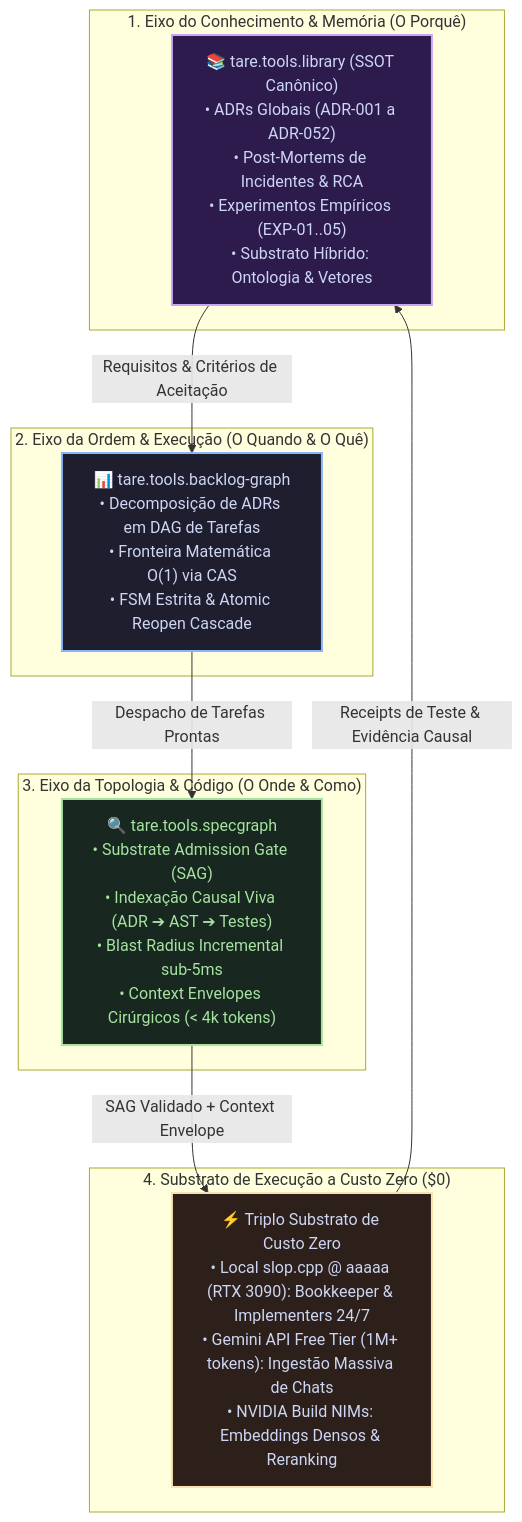
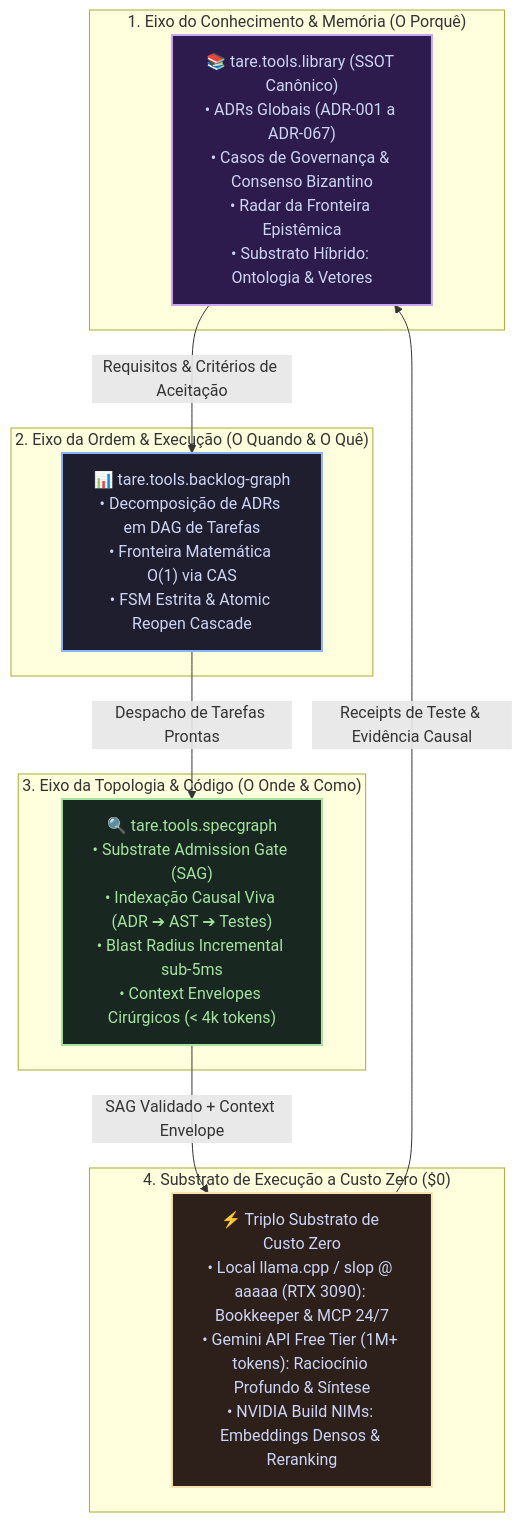
The first of 2 diagrams in README.pt-BR.md (augusto-scarvalho/tare.tools.library), drawn with Mermaid before and after one commit. The commit also changed other lines of this file and 4 other files, not shown here.

Commit message:
docs(readme): modernize badges, convert ASCII diagrams to Mermaid, and update canonical taxonomy map

````diff
--- a/README.pt-BR.md
+++ b/README.pt-BR.md
@@ -52,33 +54,33 @@
 ```mermaid
 flowchart TD
     subgraph Axis1 ["1. Eixo do Conhecimento & Memória (O Porquê)"]
-        Library["📚 tare.tools.library (SSOT Canônico)<br/>• ADRs Globais (ADR-001 a ADR-052)<br/>• Post-Mortems de Incidentes & RCA<br/>• Experimentos Empíricos (EXP-01..05)<br/>• Substrato Híbrido: Ontologia & Vetores"]
+        Library["📚 tare.tools.library (SSOT Canônico)<br/>• ADRs Globais (ADR-001 a ADR-067)<br/>• Casos de Governança & Consenso Bizantino<br/>• Radar da Fronteira Epistêmica<br/>• Substrato Híbrido: Ontologia & Vetores"]
     end
 
     subgraph Axis2 ["2. Eixo da Ordem & Execução (O Quando & O Quê)"]
         Backlog["📊 tare.tools.backlog-graph<br/>• Decomposição de ADRs em DAG de Tarefas<br/>• Fronteira Matemática O(1) via CAS<br/>• FSM Estrita & Atomic Reopen Cascade"]
     end
 
     subgraph Axis3 ["3. Eixo da Topologia & Código (O Onde & Como)"]
         Spec["🔍 tare.tools.specgraph<br/>• Substrate Admission Gate (SAG)<br/>• Indexação Causal Viva (ADR ➔ AST ➔ Testes)<br/>• Blast Radius Incremental sub-5ms<br/>• Context Envelopes Cirúrgicos (< 4k tokens)"]
     end
 
     subgraph Execution ["4. Substrato de Execução a Custo Zero ($0)"]
-        ZeroCost["⚡ Triplo Substrato de Custo Zero<br/>• Local slop.cpp @ aaaaa (RTX 3090): Bookkeeper & Implementers 24/7<br/>• Gemini API Free Tier (1M+ tokens): Ingestão Massiva de Chats<br/>• NVIDIA Build NIMs: Embeddings Densos & Reranking"]
+        ZeroCost["⚡ Triplo Substrato de Custo Zero<br/>• Local llama.cpp / slop @ aaaaa (RTX 3090): Bookkeeper & MCP 24/7<br/>• Gemini API Free Tier (1M+ tokens): Raciocínio Profundo & Síntese<br/>• NVIDIA Build NIMs: Embeddings Densos & Reranking"]
     end
 
     Library -->|Requisitos & Critérios de Aceitação| Backlog
     Backlog -->|Despacho de Tarefas Prontas| Spec
     Spec -->|SAG Validado + Context Envelope| ZeroCost
     ZeroCost -->|Receipts de Teste & Evidência Causal| Library
 
     classDef lStyle fill:#2d1b4e,stroke:#cba6f7,stroke-width:2px,color:#cdd6f4;
     classDef bStyle fill:#1e1e2e,stroke:#89b4fa,stroke-width:2px,color:#cdd6f4;
     classDef sStyle fill:#182820,stroke:#a6e3a1,stroke-width:2px,color:#a6e3a1;
     classDef zStyle fill:#2d201b,stroke:#f9e2af,stroke-width:2px,color:#cdd6f4;
 
     class Library lStyle;
     class Backlog bStyle;
     class Spec sStyle;
     class ZeroCost zStyle;
 ```
````
